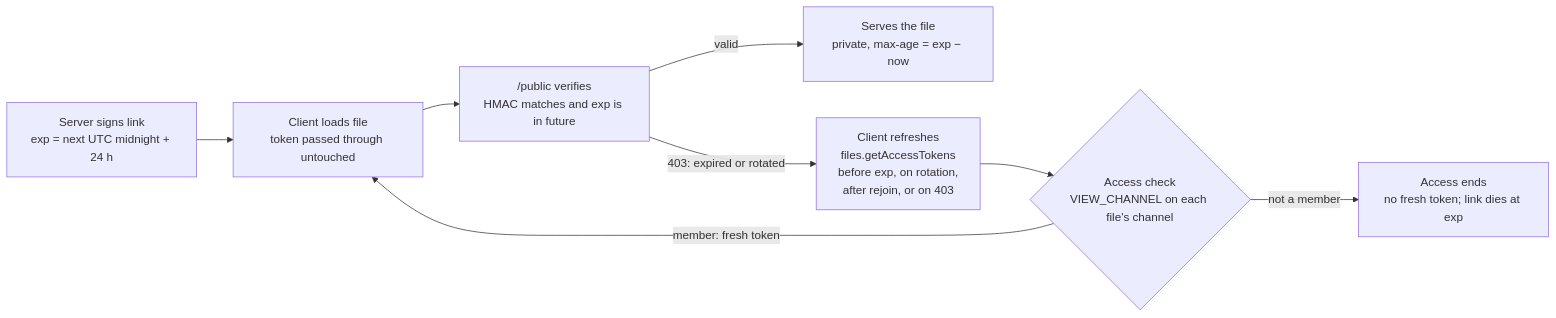
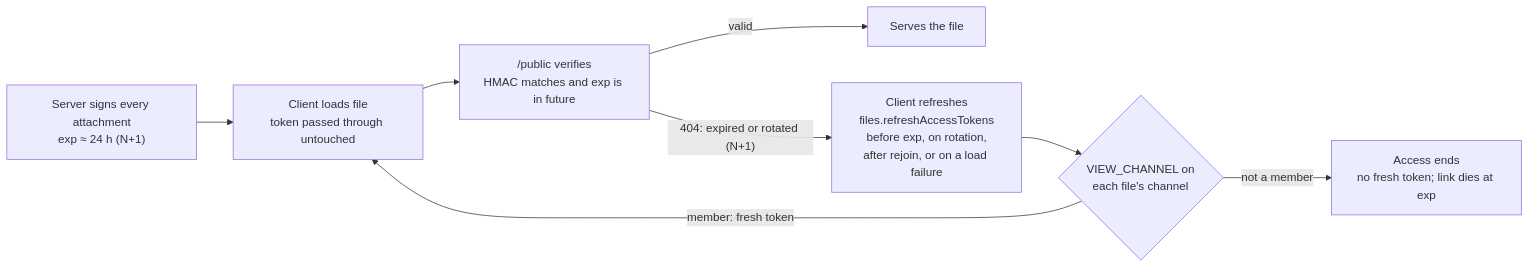
Before and after one commit to jonocairns/ripcord: the diagram in docs/private-file-link-expiry.md, drawn with Mermaid. The commit also changed other lines of this file, not shown here.

First line of the commit message:
docs: align the attachment link plan with Discord

````diff
--- a/docs/private-file-link-expiry.md
+++ b/docs/private-file-link-expiry.md
@@ -77,10 +66,10 @@
 ```mermaid
 flowchart LR
-    sign["Server signs link<br/>exp = next UTC midnight + 24 h"] --> load["Client loads file<br/>token passed through untouched"]
+    sign["Server signs every attachment<br/>exp ≈ 24 h (N+1)"] --> load["Client loads file<br/>token passed through untouched"]
     load --> verify["/public verifies<br/>HMAC matches and exp is in future"]
-    verify -- valid --> serve["Serves the file<br/>private, max-age = exp − now"]
-    verify -- "403: expired or rotated" --> refresh["Client refreshes<br/>files.getAccessTokens<br/>before exp, on rotation,<br/>after rejoin, or on 403"]
-    refresh --> access{"Access check<br/>VIEW_CHANNEL on each file's channel"}
+    verify -- valid --> serve["Serves the file"]
+    verify -- "404: expired or rotated (N+1)" --> refresh["Client refreshes<br/>files.refreshAccessTokens<br/>before exp, on rotation,<br/>after rejoin, or on a load failure"]
+    refresh --> access{"VIEW_CHANNEL on<br/>each file's channel"}
     access -- "member: fresh token" --> load
     access -- "not a member" --> ends["Access ends<br/>no fresh token; link dies at exp"]
 ```
````
